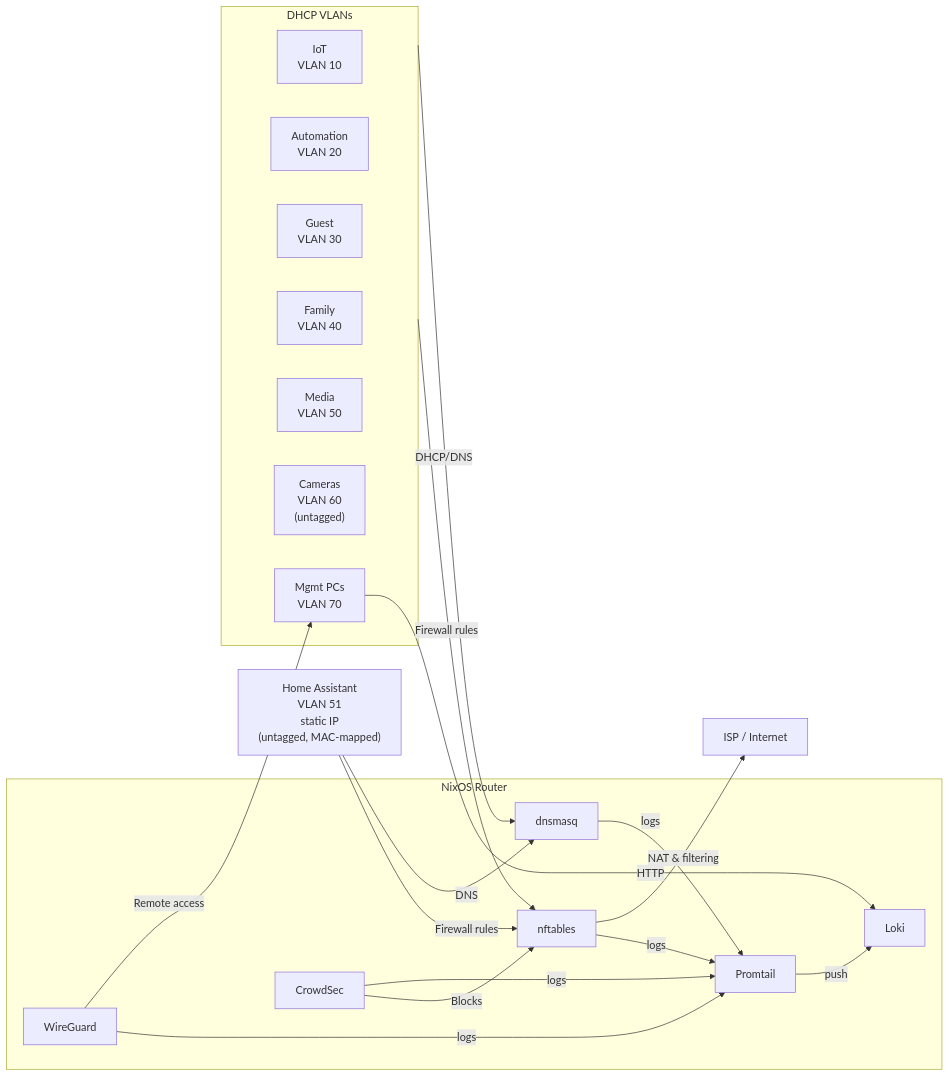
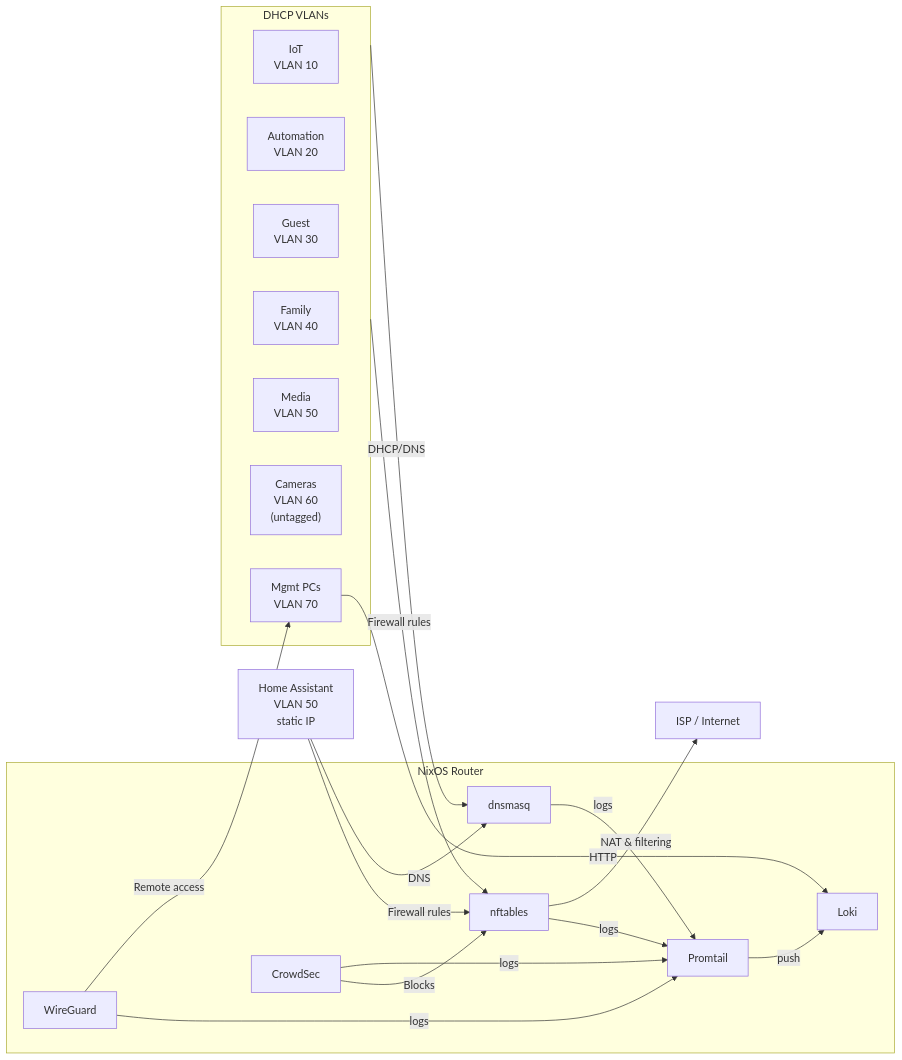
Before and after one commit to GEMISIS/home-network-setup: the first of 8 diagrams in SOFTWARE.md, drawn with Mermaid. The commit also changed other lines of this file and 10 other files, not shown here.

Commit message:
Update network to drop Home Assistant VLAN

````diff
--- a/SOFTWARE.md
+++ b/SOFTWARE.md
@@ -19,41 +19,41 @@
 ```mermaid
 flowchart LR
     %% Router services
     subgraph Router["NixOS Router"]
         NF["nftables"]
         DM["dnsmasq"]
         WG["WireGuard"]
         PR["Promtail"]
         CS["CrowdSec"]
         LK["Loki"]
     end
 
     %% Networks
     subgraph DHCPVLANs["DHCP VLANs"]
         IoT["IoT</br>VLAN 10"]
         Auto["Automation</br>VLAN 20"]
         Guest["Guest</br>VLAN 30"]
         Family["Family</br>VLAN 40"]
         Media["Media</br>VLAN 50"]
         Cameras["Cameras</br>VLAN 60</br>(untagged)"]
         Mgmt["Mgmt PCs</br>VLAN 70"]
     end
-    HA["Home Assistant</br>VLAN 51</br>static IP</br>(untagged, MAC-mapped)"]
+    HA["Home Assistant</br>VLAN 50</br>static IP"]
 
     ISP["ISP / Internet"]
 
     %% Service links
     DHCPVLANs -->|"DHCP/DNS"| DM
     HA -->|"DNS"| DM
     DHCPVLANs -->|"Firewall rules"| NF
     HA -->|"Firewall rules"| NF
     NF -->|"NAT & filtering"| ISP
     WG -->|"Remote access"| Mgmt
     NF -->|"logs"| PR
     DM -->|"logs"| PR
     WG -->|"logs"| PR
     CS -->|"logs"| PR
     PR -->|"push"| LK
     Mgmt -->|"HTTP"| LK
     CS -->|"Blocks"| NF
 ```
````
